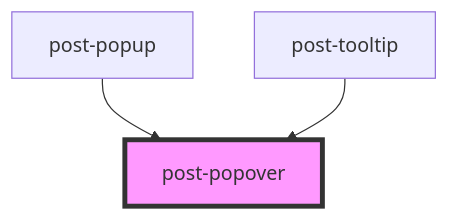
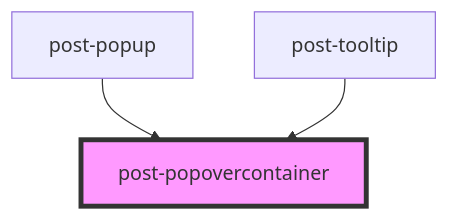
The diagram in packages/components/src/components/post-popovercontainer/readme.md (swisspost/design-system), drawn with Mermaid before and after one commit. The commit also changed 5 other files, not shown here.

````diff
--- a/packages/components/src/components/post-popovercontainer/readme.md
+++ b/packages/components/src/components/post-popovercontainer/readme.md
@@ -71,6 +71,6 @@
 ```mermaid
 graph TD;
-  post-popup --> post-popover
-  post-tooltip --> post-popover
-  style post-popover fill:#f9f,stroke:#333,stroke-width:4px
+  post-popup --> post-popovercontainer
+  post-tooltip --> post-popovercontainer
+  style post-popovercontainer fill:#f9f,stroke:#333,stroke-width:4px
 ```
````
